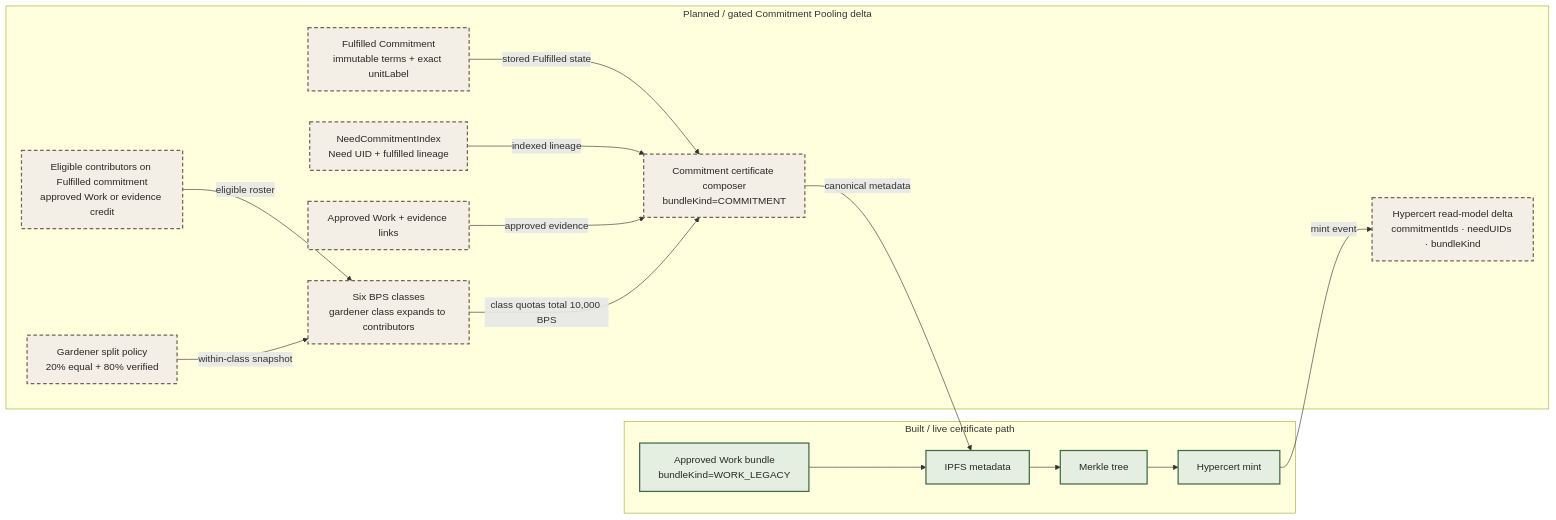
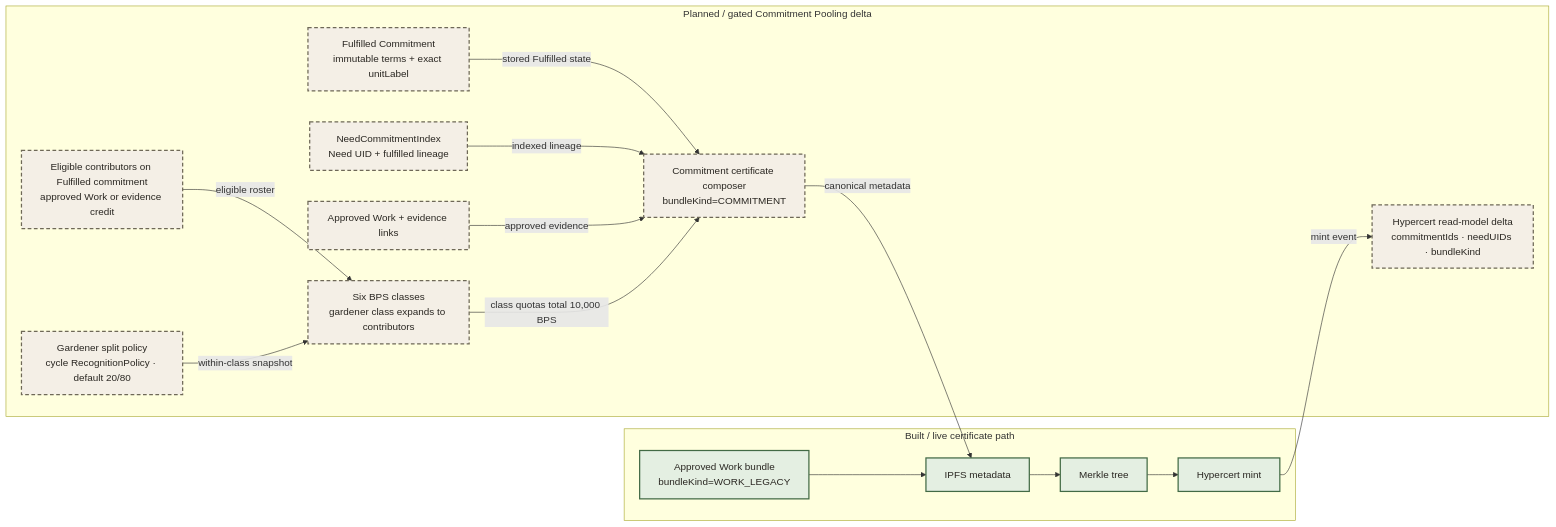
Before and after one commit to greenpill-dev-guild/green-goods: diagram 18 of 35 in .plans/active/commitment-pooling/diagrams.md, drawn with Mermaid. The commit also changed other lines of this file and 18 other files, not shown here.

Commit message:
fix(agent): close pooling architecture gaps

````diff
--- a/.plans/active/commitment-pooling/diagrams.md
+++ b/.plans/active/commitment-pooling/diagrams.md
@@ -1036,37 +1037,37 @@
 ```mermaid
 flowchart LR
   subgraph LIVE["Built / live certificate path"]
     WORK["Approved Work bundle<br/>bundleKind=WORK_LEGACY"]
     IPFS["IPFS metadata"]
     MERKLE["Merkle tree"]
     MINT["Hypercert mint"]
   end
 
   subgraph PLANNED["Planned / gated Commitment Pooling delta"]
     FUL["Fulfilled Commitment<br/>immutable terms + exact unitLabel"]
     LINEAGE["NeedCommitmentIndex<br/>Need UID + fulfilled lineage"]
     EVIDENCE["Approved Work + evidence links"]
     TEAM["Eligible contributors on Fulfilled commitment<br/>approved Work or evidence credit"]
-    POLICY["Gardener split policy<br/>20% equal + 80% verified"]
+    POLICY["Gardener split policy<br/>cycle RecognitionPolicy · default 20/80"]
     COMPOSE["Commitment certificate composer<br/>bundleKind=COMMITMENT"]
     BPS["Six BPS classes<br/>gardener class expands to contributors"]
     HCIDX["Hypercert read-model delta<br/>commitmentIds · needUIDs · bundleKind"]
   end
 
   WORK --> IPFS
   FUL -->|"stored Fulfilled state"| COMPOSE
   LINEAGE -->|"indexed lineage"| COMPOSE
   EVIDENCE -->|"approved evidence"| COMPOSE
   TEAM -->|"eligible roster"| BPS
   POLICY -->|"within-class snapshot"| BPS
   BPS -->|"class quotas total 10,000 BPS"| COMPOSE
   COMPOSE -->|"canonical metadata"| IPFS
   IPFS --> MERKLE
   MERKLE --> MINT
   MINT -->|"mint event"| HCIDX
 
   classDef built fill:#E4EFE2,stroke:#426A45,color:#2A2722,stroke-width:2px
   classDef planned fill:#F4EFE6,stroke:#6E6857,color:#2A2722,stroke-width:2px,stroke-dasharray:6 4
   class WORK,IPFS,MERKLE,MINT built
   class FUL,LINEAGE,EVIDENCE,TEAM,POLICY,COMPOSE,BPS,HCIDX planned
 ```
````
